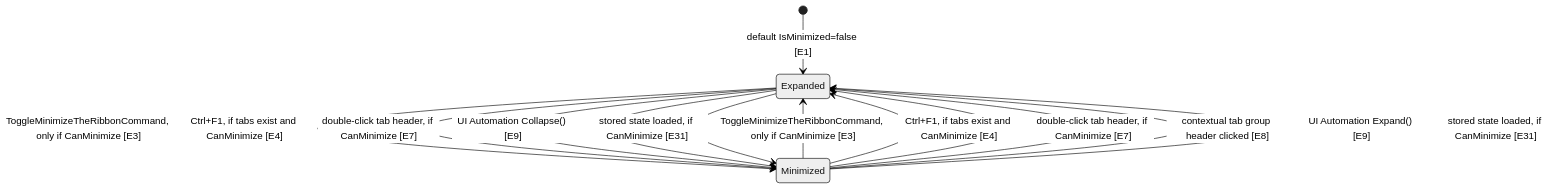
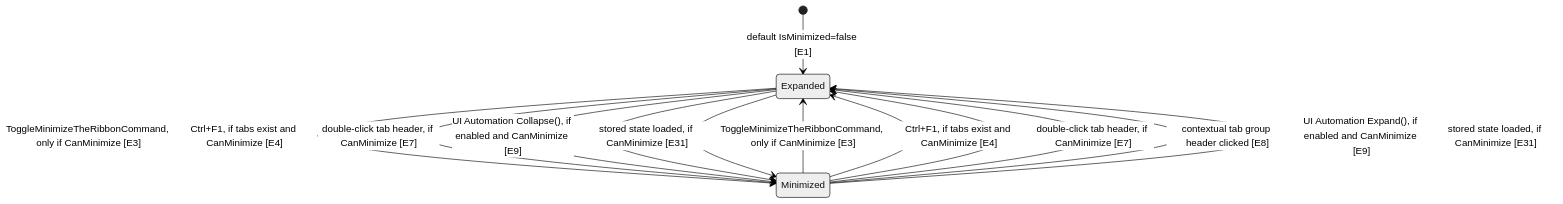
One commit to nidarian/Fluent.Ribbon changed the first of 7 diagrams in .github/architecture/01-ribbon-states.md. Above: the diagram before and after it, drawn with Mermaid (neutral theme). The commit also changed other lines of this file and 4 other files, not shown here.

````diff
--- a/.github/architecture/01-ribbon-states.md
+++ b/.github/architecture/01-ribbon-states.md
@@ -9,15 +9,15 @@
 ```mermaid
 stateDiagram-v2
     [*] --> Expanded : default IsMinimized=false [E1]
     Expanded --> Minimized : ToggleMinimizeTheRibbonCommand, only if CanMinimize [E3]
     Minimized --> Expanded : ToggleMinimizeTheRibbonCommand, only if CanMinimize [E3]
     Expanded --> Minimized : Ctrl+F1, if tabs exist and CanMinimize [E4]
     Minimized --> Expanded : Ctrl+F1, if tabs exist and CanMinimize [E4]
     Expanded --> Minimized : double-click tab header, if CanMinimize [E7]
     Minimized --> Expanded : double-click tab header, if CanMinimize [E7]
     Minimized --> Expanded : contextual tab group header clicked [E8]
-    Expanded --> Minimized : UI Automation Collapse() [E9]
-    Minimized --> Expanded : UI Automation Expand() [E9]
+    Expanded --> Minimized : UI Automation Collapse(), if enabled and CanMinimize [E9]
+    Minimized --> Expanded : UI Automation Expand(), if enabled and CanMinimize [E9]
     Expanded --> Minimized : stored state loaded, if CanMinimize [E31]
     Minimized --> Expanded : stored state loaded, if CanMinimize [E31]
 ```
````
